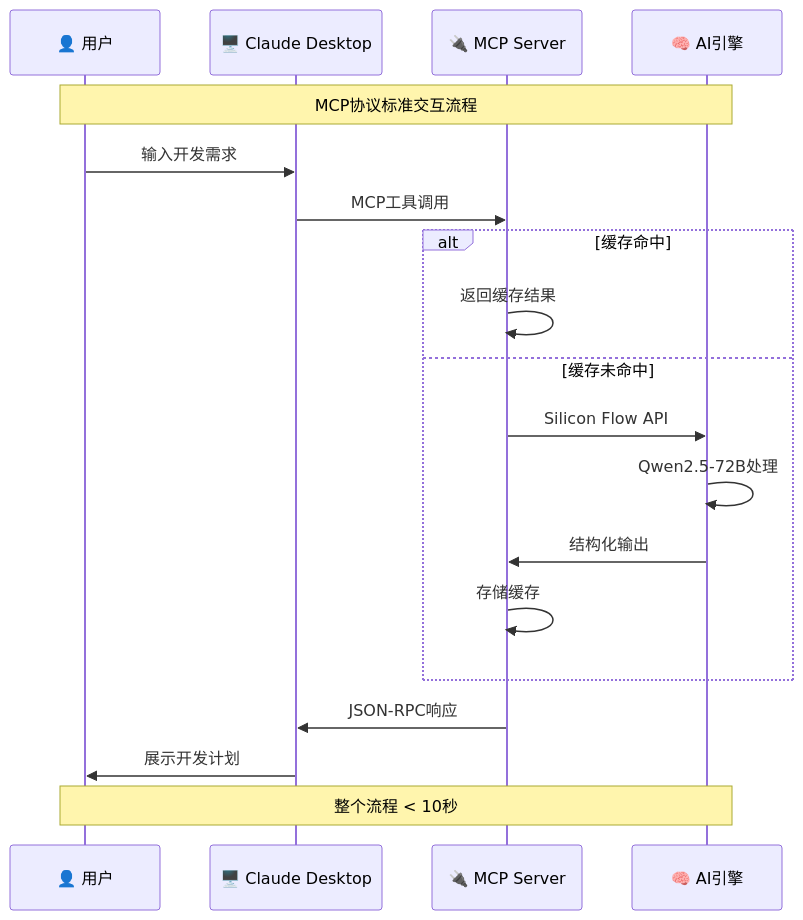
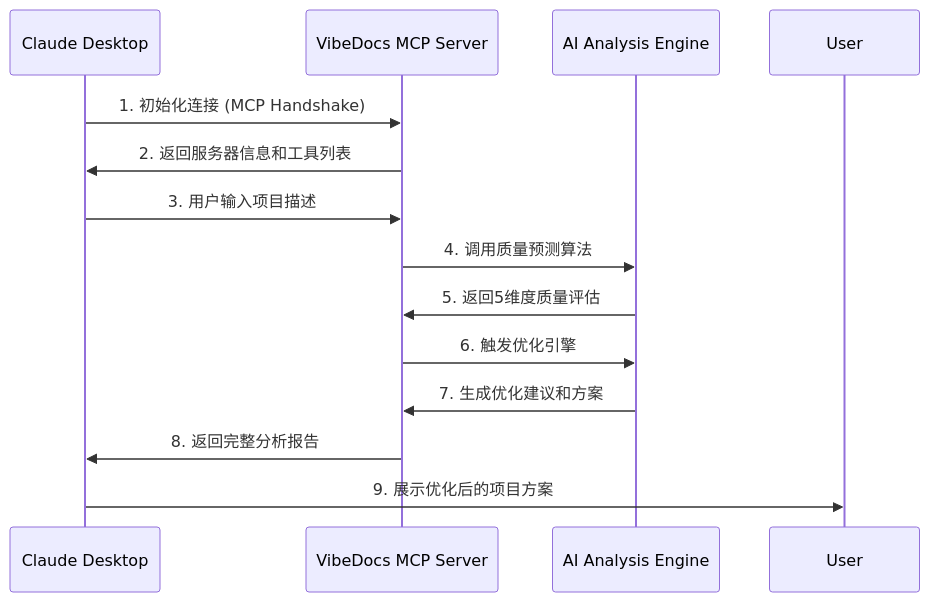
Before and after one commit to JasonRobertDestiny/VibeDocs: the diagram in README.md, drawn with Mermaid. The commit also changed other lines of this file and 1 other file, not shown here.

````diff
--- a/README.md
+++ b/README.md
@@ -165,26 +59,19 @@
 ```mermaid
 sequenceDiagram
-    participant U as 👤 用户
-    participant C as 🖥️ Claude Desktop
-    participant M as 🔌 MCP Server
-    participant A as 🧠 AI引擎
+    participant C as Claude Desktop
+    participant M as VibeDocs MCP Server
+    participant A as AI Analysis Engine
     
-    Note over U,A: MCP协议标准交互流程
+    C->>M: 1. 初始化连接 (MCP Handshake)
+    M->>C: 2. 返回服务器信息和工具列表
     
-    U->>C: 输入开发需求
-    C->>M: MCP工具调用
+    C->>M: 3. 用户输入项目描述
+    M->>A: 4. 调用质量预测算法
+    A->>M: 5. 返回5维度质量评估
     
-    alt 缓存命中
-        M->>M: 返回缓存结果
-    else 缓存未命中  
-        M->>A: Silicon Flow API
-        A->>A: Qwen2.5-72B处理
-        A->>M: 结构化输出
-        M->>M: 存储缓存
-    end
+    M->>A: 6. 触发优化引擎
+    A->>M: 7. 生成优化建议和方案
     
-    M->>C: JSON-RPC响应
-    C->>U: 展示开发计划
-    
-    Note over U,A: 整个流程 < 10秒
+    M->>C: 8. 返回完整分析报告
+    C->>User: 9. 展示优化后的项目方案
 ```
````
